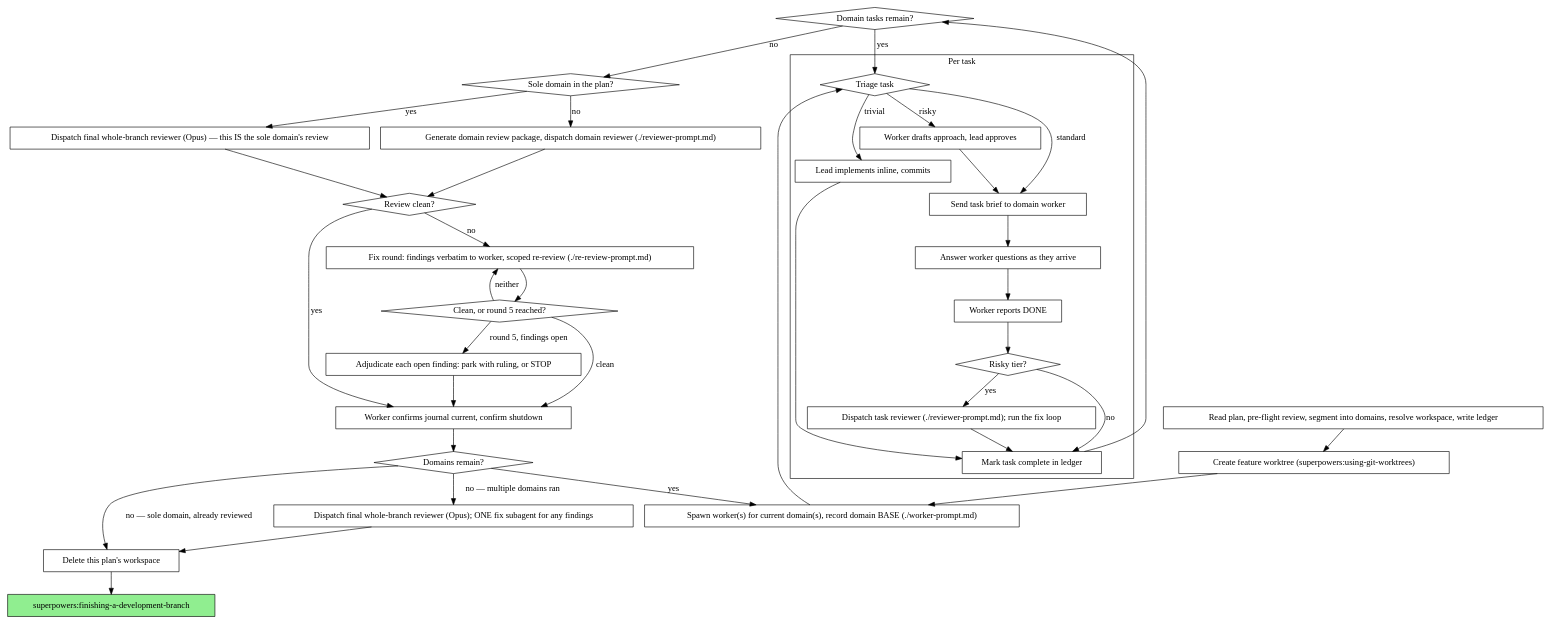
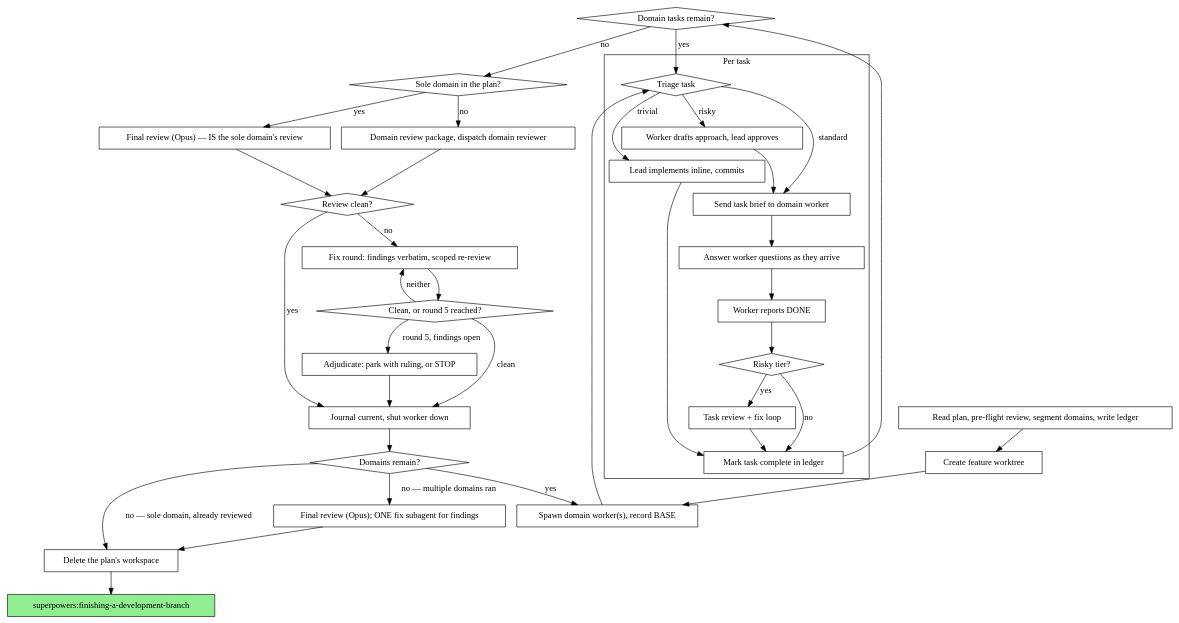
The second of 2 diagrams in plugins/team-development/skills/team-driven-development/SKILL.md (frasalvi/claude-plugins-frasalvi), drawn with Graphviz before and after one commit. The commit also changed other lines of this file and 3 other files, not shown here.

````diff
--- a/plugins/team-development/skills/team-driven-development/SKILL.md
+++ b/plugins/team-development/skills/team-driven-development/SKILL.md
@@ -103,71 +92,66 @@
 ```dot
 digraph process {
     rankdir=TB;
+    node [shape=box];
 
-    "Read plan, pre-flight review, segment into domains, resolve workspace, write ledger" [shape=box];
-    "Create feature worktree (superpowers:using-git-worktrees)" [shape=box];
-    "Spawn worker(s) for current domain(s), record domain BASE (./worker-prompt.md)" [shape=box];
+    kickoff [label="Read plan, pre-flight review, segment domains, write ledger"];
+    worktree [label="Create feature worktree"];
+    spawn [label="Spawn domain worker(s), record BASE"];
 
     subgraph cluster_per_task {
         label="Per task";
-        "Triage task" [shape=diamond];
-        "Lead implements inline, commits" [shape=box];
-        "Worker drafts approach, lead approves" [shape=box];
-        "Send task brief to domain worker" [shape=box];
-        "Answer worker questions as they arrive" [shape=box];
-        "Worker reports DONE" [shape=box];
-        "Risky tier?" [shape=diamond];
-        "Dispatch task reviewer (./reviewer-prompt.md); run the fix loop" [shape=box];
-        "Mark task complete in ledger" [shape=box];
+        triage [label="Triage task", shape=diamond];
+        inline [label="Lead implements inline, commits"];
+        approach [label="Worker drafts approach, lead approves"];
+        dispatch [label="Send task brief to domain worker"];
+        answer [label="Answer worker questions as they arrive"];
+        done [label="Worker reports DONE"];
+        risky [label="Risky tier?", shape=diamond];
+        taskrev [label="Task review + fix loop"];
+        mark [label="Mark task complete in ledger"];
     }
 
-    "Domain tasks remain?" [shape=diamond];
-    "Sole domain in the plan?" [shape=diamond];
-    "Generate domain review package, dispatch domain reviewer (./reviewer-prompt.md)" [shape=box];
-    "Dispatch final whole-branch reviewer (Opus) — this IS the sole domain's review" [shape=box];
-    "Review clean?" [shape=diamond];
-    "Fix round: findings verbatim to worker, scoped re-review (./re-review-prompt.md)" [shape=box];
-    "Clean, or round 5 reached?" [shape=diamond];
-    "Adjudicate each open finding: park with ruling, or STOP" [shape=box];
-    "Worker confirms journal current, confirm shutdown" [shape=box];
-    "Domains remain?" [shape=diamond];
-    "Dispatch final whole-branch reviewer (Opus); ONE fix subagent for any findings" [shape=box];
-    "Delete this plan's workspace" [shape=box];
-    "superpowers:finishing-a-development-branch" [shape=box style=filled fillcolor=lightgreen];
+    more [label="Domain tasks remain?", shape=diamond];
+    sole [label="Sole domain in the plan?", shape=diamond];
+    domrev [label="Domain review package, dispatch domain reviewer"];
+    finalsole [label="Final review (Opus) — IS the sole domain's review"];
+    clean [label="Review clean?", shape=diamond];
+    fix [label="Fix round: findings verbatim, scoped re-review"];
+    cap [label="Clean, or round 5 reached?", shape=diamond];
+    adjudicate [label="Adjudicate: park with ruling, or STOP"];
+    shutdown [label="Journal current, shut worker down"];
+    domsleft [label="Domains remain?", shape=diamond];
+    final [label="Final review (Opus); ONE fix subagent for findings"];
+    cleanup [label="Delete the plan's workspace"];
+    finish [label="superpowers:finishing-a-development-branch", style=filled, fillcolor=lightgreen];
 
-    "Read plan, pre-flight review, segment into domains, resolve workspace, write ledger" -> "Create feature worktree (superpowers:using-git-worktrees)";
-    "Create feature worktree (superpowers:using-git-worktrees)" -> "Spawn worker(s) for current domain(s), record domain BASE (./worker-prompt.md)";
-    "Spawn worker(s) for current domain(s), record domain BASE (./worker-prompt.md)" -> "Triage task";
-    "Triage task" -> "Lead implements inline, commits" [label="trivial"];
-    "Triage task" -> "Worker drafts approach, lead approves" [label="risky"];
-    "Triage task" -> "Send task brief to domain worker" [label="standard"];
-    "Worker drafts approach, lead approves" -> "Send task brief to domain worker";
-    "Send task brief to domain worker" -> "Answer worker questions as they arrive";
-    "Answer worker questions as they arrive" -> "Worker reports DONE";
-    "Worker reports DONE" -> "Risky tier?";
-    "Risky tier?" -> "Dispatch task reviewer (./reviewer-prompt.md); run the fix loop" [label="yes"];
-    "Risky tier?" -> "Mark task complete in ledger" [label="no"];
-    "Dispatch task reviewer (./reviewer-prompt.md); run the fix loop" -> "Mark task complete in ledger";
-    "Lead implements inline, commits" -> "Mark task complete in ledger";
-    "Mark task complete in ledger" -> "Domain tasks remain?";
-    "Domain tasks remain?" -> "Triage task" [label="yes"];
-    "Domain tasks remain?" -> "Sole domain in the plan?" [label="no"];
-    "Sole domain in the plan?" -> "Dispatch final whole-branch reviewer (Opus) — this IS the sole domain's review" [label="yes"];
-    "Sole domain in the plan?" -> "Generate domain review package, dispatch domain reviewer (./reviewer-prompt.md)" [label="no"];
-    "Dispatch final whole-branch reviewer (Opus) — this IS the sole domain's review" -> "Review clean?";
-    "Generate domain review package, dispatch domain reviewer (./reviewer-prompt.md)" -> "Review clean?";
-    "Review clean?" -> "Fix round: findings verbatim to worker, scoped re-review (./re-review-prompt.md)" [label="no"];
-    "Fix round: findings verbatim to worker, scoped re-review (./re-review-prompt.md)" -> "Clean, or round 5 reached?";
-    "Clean, or round 5 reached?" -> "Fix round: findings verbatim to worker, scoped re-review (./re-review-prompt.md)" [label="neither"];
-    "Clean, or round 5 reached?" -> "Adjudicate each open finding: park with ruling, or STOP" [label="round 5, findings open"];
-    "Clean, or round 5 reached?" -> "Worker confirms journal current, confirm shutdown" [label="clean"];
-    "Adjudicate each open finding: park with ruling, or STOP" -> "Worker confirms journal current, confirm shutdown";
-    "Review clean?" -> "Worker confirms journal current, confirm shutdown" [label="yes"];
-    "Worker confirms journal current, confirm shutdown" -> "Domains remain?";
-    "Domains remain?" -> "Spawn worker(s) for current domain(s), record domain BASE (./worker-prompt.md)" [label="yes"];
-    "Domains remain?" -> "Dispatch final whole-branch reviewer (Opus); ONE fix subagent for any findings" [label="no — multiple domains ran"];
-    "Domains remain?" -> "Delete this plan's workspace" [label="no — sole domain, already reviewed"];
-    "Dispatch final whole-branch reviewer (Opus); ONE fix subagent for any findings" -> "Delete this plan's workspace";
-    "Delete this plan's workspace" -> "superpowers:finishing-a-development-branch";
+    kickoff -> worktree -> spawn -> triage;
+    triage -> inline [label="trivial"];
+    triage -> approach [label="risky"];
+    triage -> dispatch [label="standard"];
+    approach -> dispatch -> answer -> done -> risky;
+    risky -> taskrev [label="yes"];
+    risky -> mark [label="no"];
+    taskrev -> mark;
+    inline -> mark;
+    mark -> more;
+    more -> triage [label="yes"];
+    more -> sole [label="no"];
+    sole -> finalsole [label="yes"];
+    sole -> domrev [label="no"];
+    finalsole -> clean;
+    domrev -> clean;
+    clean -> fix [label="no"];
+    clean -> shutdown [label="yes"];
+    fix -> cap;
+    cap -> fix [label="neither"];
+    cap -> adjudicate [label="round 5, findings open"];
+    cap -> shutdown [label="clean"];
+    adjudicate -> shutdown;
+    shutdown -> domsleft;
+    domsleft -> spawn [label="yes"];
+    domsleft -> final [label="no — multiple domains ran"];
+    domsleft -> cleanup [label="no — sole domain, already reviewed"];
+    final -> cleanup -> finish;
 }
 ```
````
